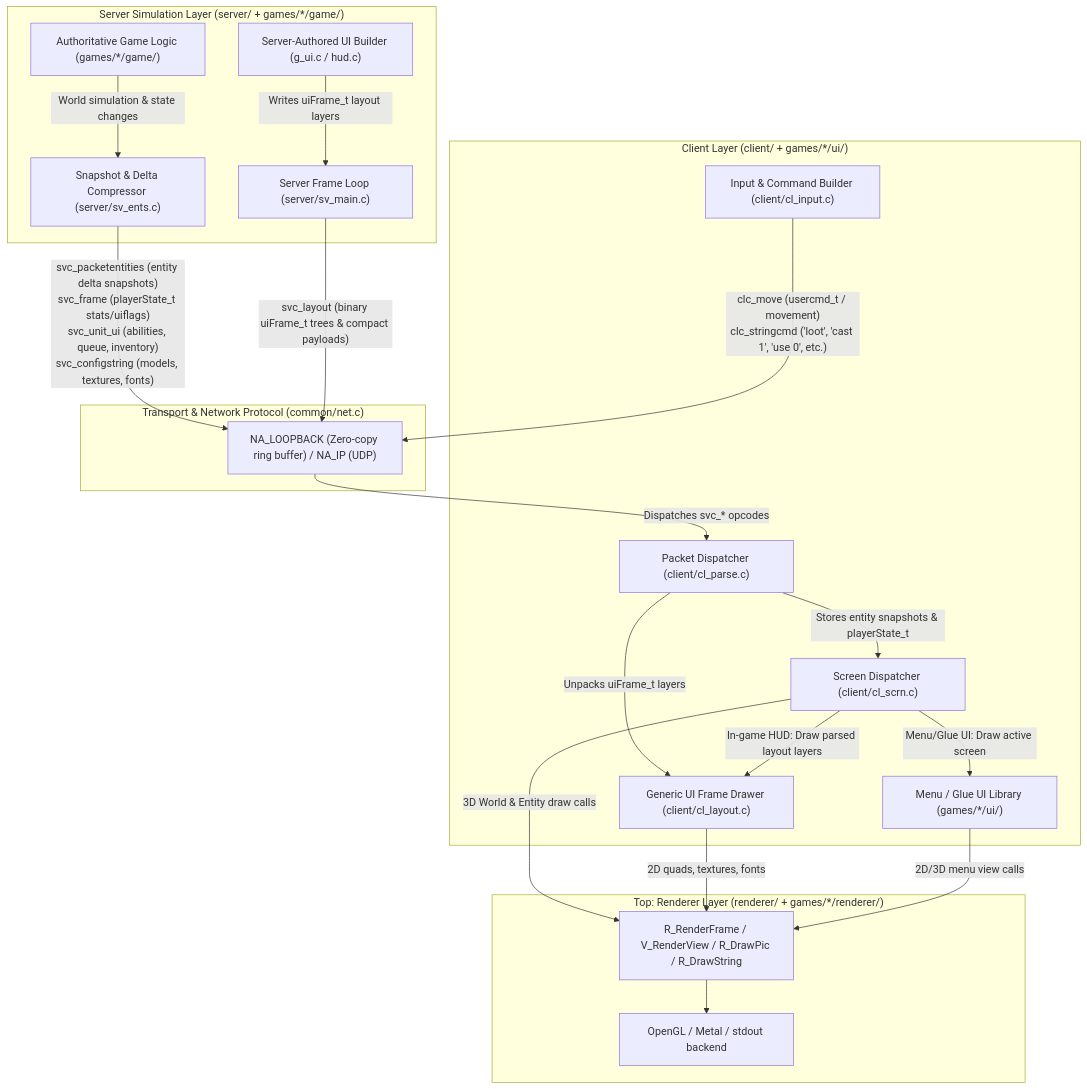
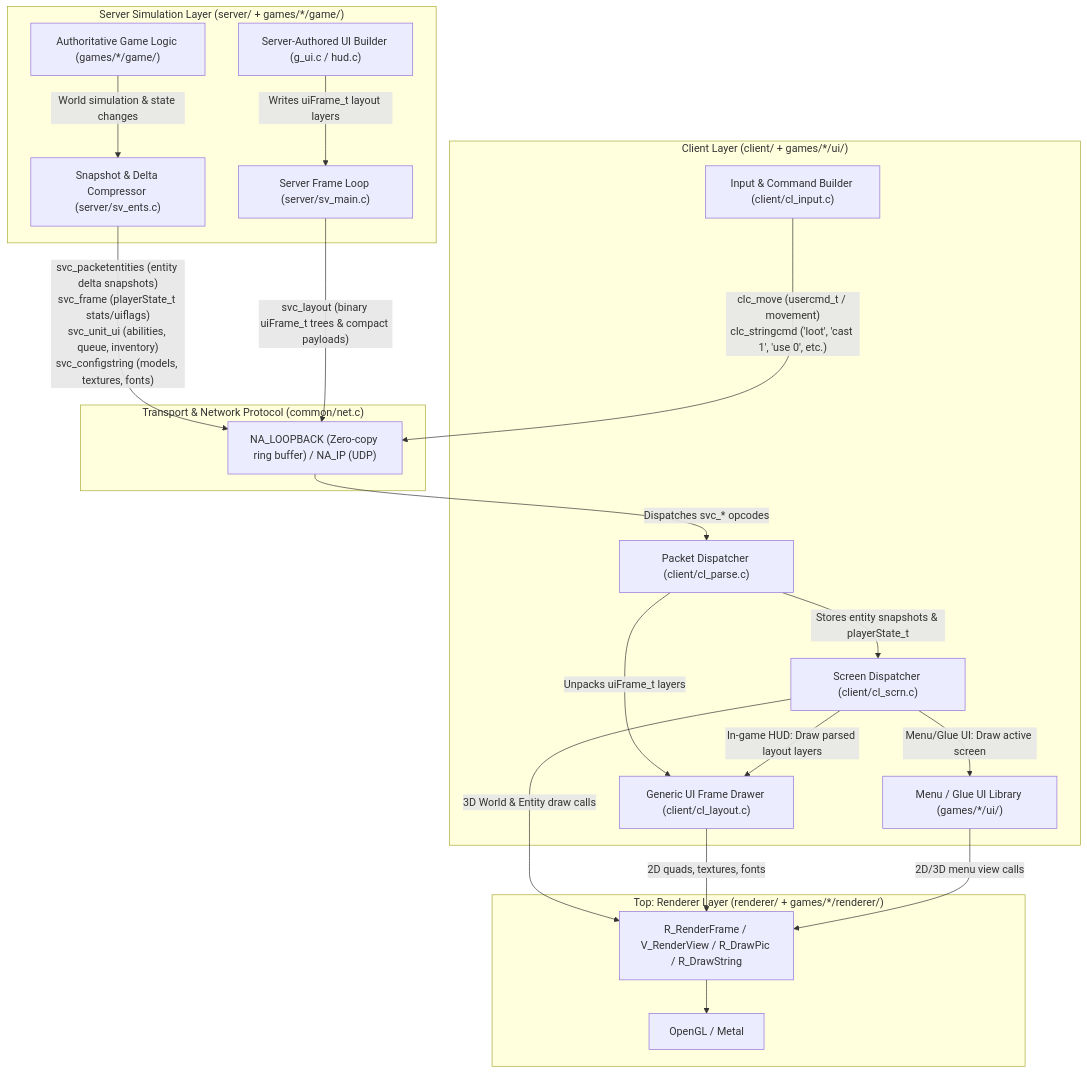
One commit to corepunch/open-realm changed the first of 3 diagrams in ARCHITECTURE.md. Above: the diagram before and after it, drawn with Mermaid. The commit also changed 25 other files, not shown here.

````diff
--- a/ARCHITECTURE.md
+++ b/ARCHITECTURE.md
@@ -11,44 +11,44 @@
 ```mermaid
 flowchart TB
     subgraph RendererLayer["Top: Renderer Layer (renderer/ + games/*/renderer/)"]
         R_Main["R_RenderFrame / V_RenderView / R_DrawPic / R_DrawString"]
-        R_Backends["OpenGL / Metal / stdout backend"]
+        R_Backends["OpenGL / Metal"]
     end
 
     subgraph ClientPresentation["Client Layer (client/ + games/*/ui/)"]
         SCR["Screen Dispatcher (client/cl_scrn.c)"]
         CL_Layout["Generic UI Frame Drawer (client/cl_layout.c)"]
         UI_Lib["Menu / Glue UI Library (games/*/ui/)"]
         CL_Parse["Packet Dispatcher (client/cl_parse.c)"]
         CL_Input["Input & Command Builder (client/cl_input.c)"]
     end
 
     subgraph NetworkLayer["Transport & Network Protocol (common/net.c)"]
         Loopback["NA_LOOPBACK (Zero-copy ring buffer) / NA_IP (UDP)"]
     end
 
     subgraph ServerLayer["Server Simulation Layer (server/ + games/*/game/)"]
         SV_Main["Server Frame Loop (server/sv_main.c)"]
         SV_Ents["Snapshot & Delta Compressor (server/sv_ents.c)"]
         G_Game["Authoritative Game Logic (games/*/game/)"]
         G_UI["Server-Authored UI Builder (g_ui.c / hud.c)"]
     end
 
     %% Communication channels
     G_Game -->|"World simulation & state changes"| SV_Ents
     G_UI -->|"Writes uiFrame_t layout layers"| SV_Main
     SV_Ents -->|"svc_packetentities (entity delta snapshots)\nsvc_frame (playerState_t stats/uiflags)\nsvc_unit_ui (abilities, queue, inventory)\nsvc_configstring (models, textures, fonts)"| Loopback
     SV_Main -->|"svc_layout (binary uiFrame_t trees & compact payloads)"| Loopback
 
     Loopback -->|"Dispatches svc_* opcodes"| CL_Parse
     CL_Parse -->|"Stores entity snapshots & playerState_t"| SCR
     CL_Parse -->|"Unpacks uiFrame_t layers"| CL_Layout
     CL_Input -->|"clc_move (usercmd_t / movement)\nclc_stringcmd ('loot', 'cast 1', 'use 0', etc.)"| Loopback
 
     SCR -->|"In-game HUD: Draw parsed layout layers"| CL_Layout
     SCR -->|"Menu/Glue UI: Draw active screen"| UI_Lib
     SCR -->|"3D World & Entity draw calls"| R_Main
     CL_Layout -->|"2D quads, textures, fonts"| R_Main
     UI_Lib -->|"2D/3D menu view calls"| R_Main
     R_Main --> R_Backends
 ```
````
